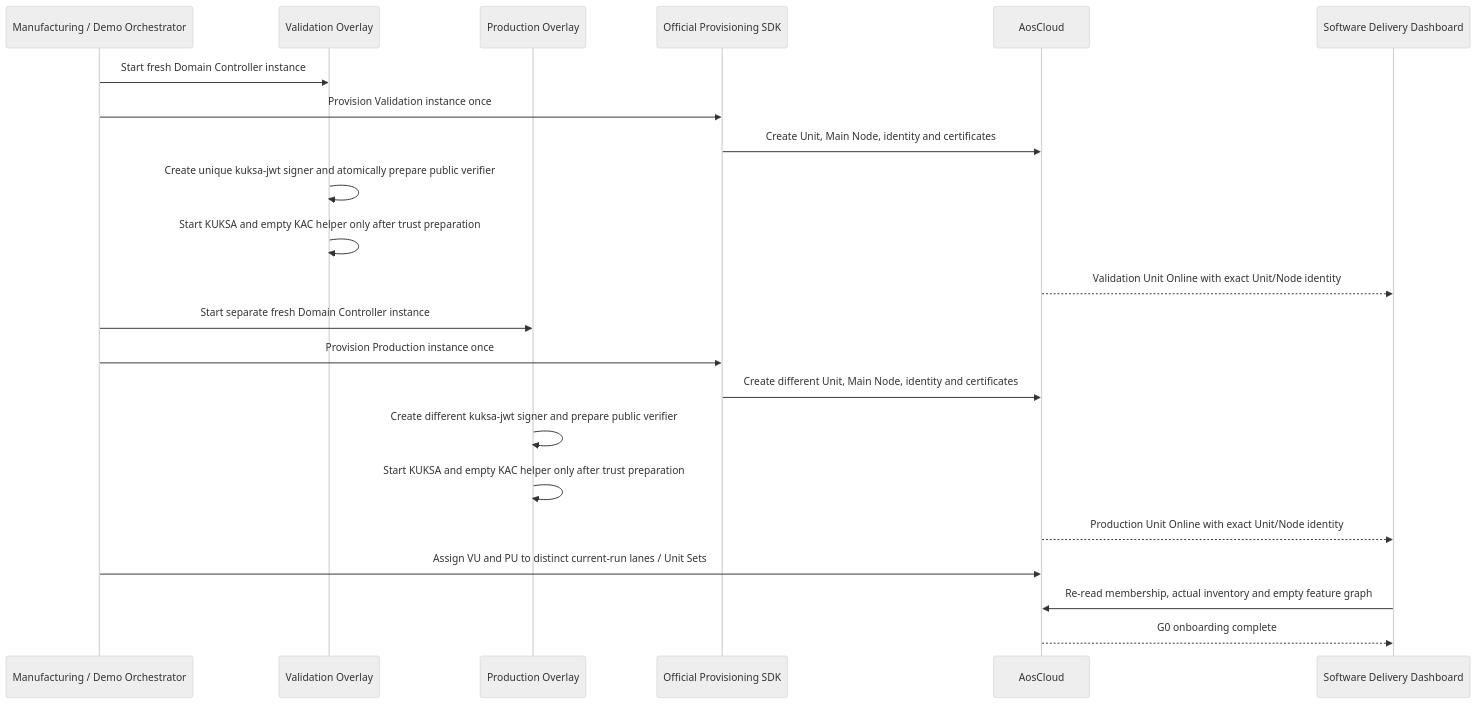
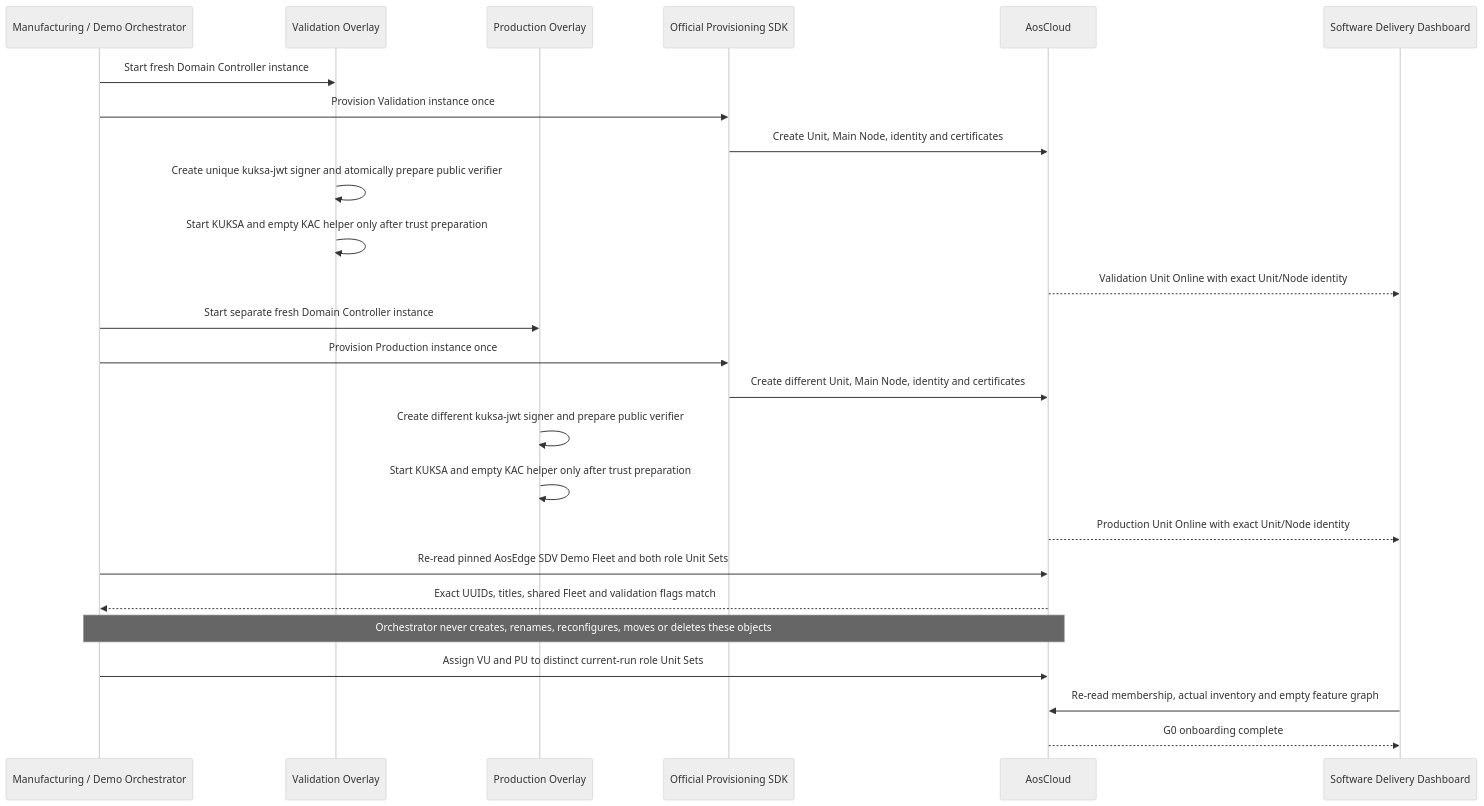
The fifth of 22 diagrams in docs/architecture/demo-scenario-architecture-flows.md (alexmaninblack/aosedge-sdv-demo), drawn with Mermaid (neutral theme) before and after one commit. The commit also changed other lines of this file and 9 other files, not shown here.

Commit message:
docs: define dedicated demo fleet topology

````diff
--- a/docs/architecture/demo-scenario-architecture-flows.md
+++ b/docs/architecture/demo-scenario-architecture-flows.md
@@ -410,25 +410,28 @@
 ```mermaid
 sequenceDiagram
     participant OR as Manufacturing / Demo Orchestrator
     participant VO as Validation Overlay
     participant PO as Production Overlay
     participant SDK as Official Provisioning SDK
     participant AC as AosCloud
     participant SD as Software Delivery Dashboard
 
     OR->>VO: Start fresh Domain Controller instance
     OR->>SDK: Provision Validation instance once
     SDK->>AC: Create Unit, Main Node, identity and certificates
     VO->>VO: Create unique kuksa-jwt signer and atomically prepare public verifier
     VO->>VO: Start KUKSA and empty KAC helper only after trust preparation
     AC-->>SD: Validation Unit Online with exact Unit/Node identity
     OR->>PO: Start separate fresh Domain Controller instance
     OR->>SDK: Provision Production instance once
     SDK->>AC: Create different Unit, Main Node, identity and certificates
     PO->>PO: Create different kuksa-jwt signer and prepare public verifier
     PO->>PO: Start KUKSA and empty KAC helper only after trust preparation
     AC-->>SD: Production Unit Online with exact Unit/Node identity
-    OR->>AC: Assign VU and PU to distinct current-run lanes / Unit Sets
+    OR->>AC: Re-read pinned AosEdge SDV Demo Fleet and both role Unit Sets
+    AC-->>OR: Exact UUIDs, titles, shared Fleet and validation flags match
+    Note over OR,AC: Orchestrator never creates, renames, reconfigures, moves or deletes these objects
+    OR->>AC: Assign VU and PU to distinct current-run role Unit Sets
     SD->>AC: Re-read membership, actual inventory and empty feature graph
     AC-->>SD: G0 onboarding complete
 ```
````
